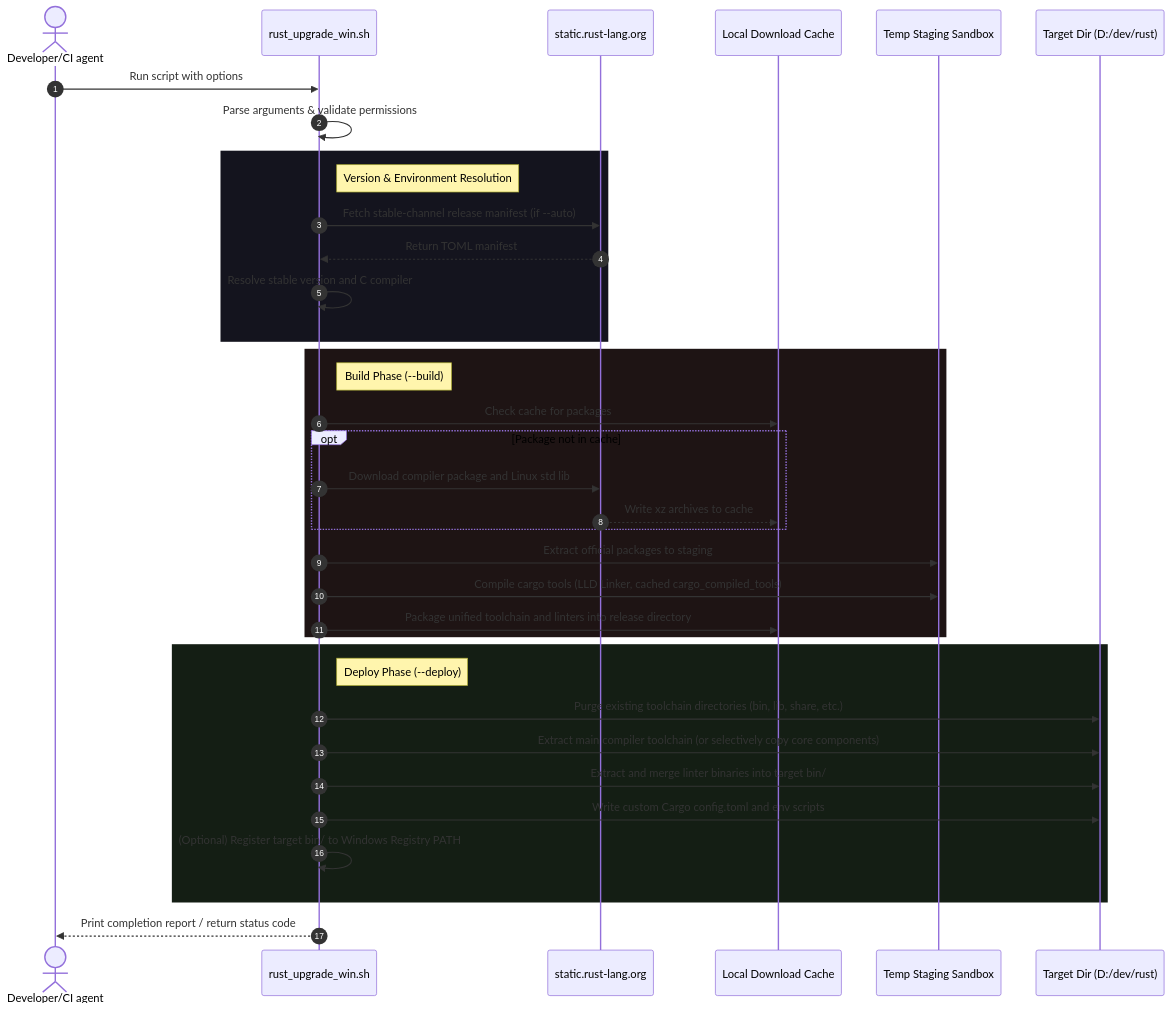
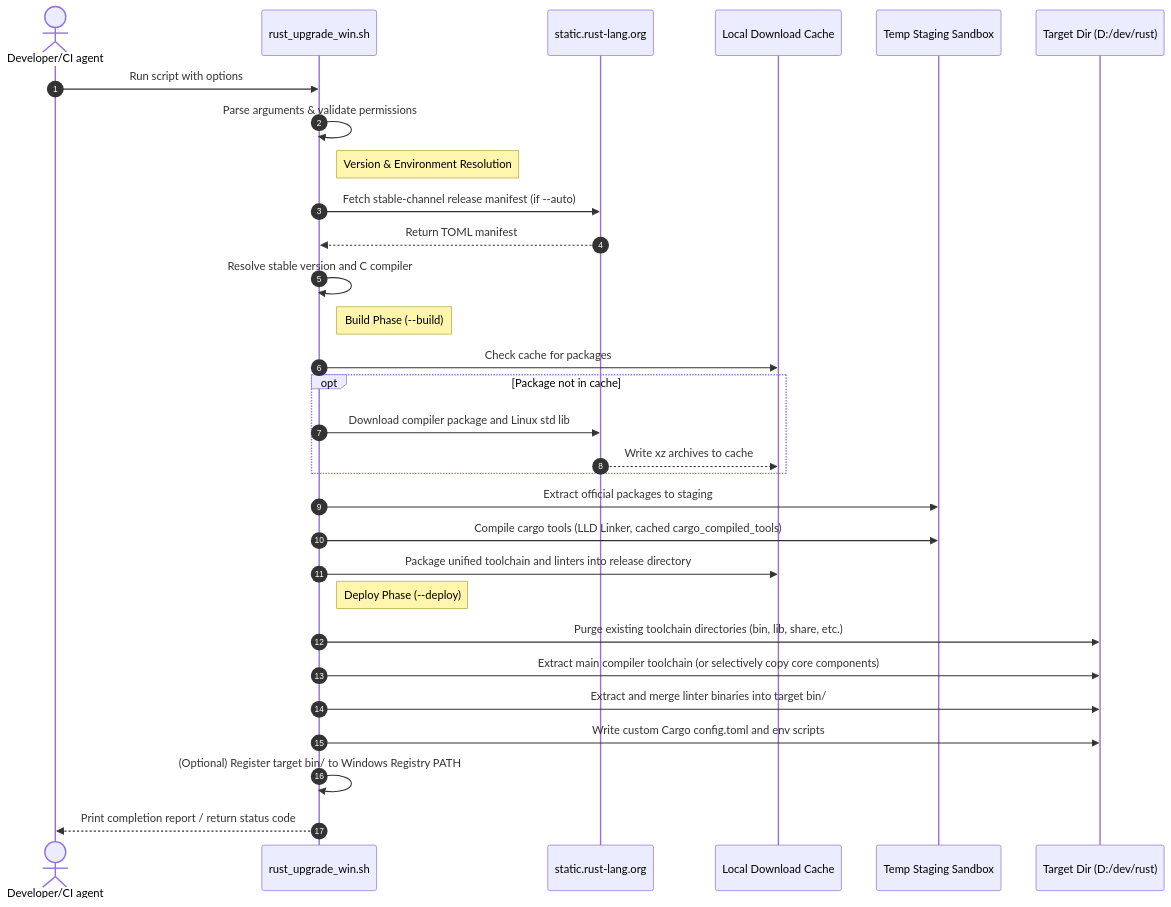
The second of 2 diagrams in build_tasks/rust_upgrade_win_README.md (edsilegxrepo/devops), drawn with Mermaid before and after one commit.

````diff
--- a/build_tasks/rust_upgrade_win_README.md
+++ b/build_tasks/rust_upgrade_win_README.md
@@ -90,43 +90,37 @@
 ```mermaid
 sequenceDiagram
     autonumber
     actor CLI as Developer/CI agent
     participant Script as rust_upgrade_win.sh
     participant Web as static.rust-lang.org
     participant Disk as Local Download Cache
     participant Sandbox as Temp Staging Sandbox
     participant Target as Target Dir (D:/dev/rust)
 
     CLI->>Script: Run script with options
     Script->>Script: Parse arguments & validate permissions
     
-    rect rgb(20, 20, 30)
-        note right of Script: Version & Environment Resolution
-        Script->>Web: Fetch stable-channel release manifest (if --auto)
-        Web-->>Script: Return TOML manifest
-        Script->>Script: Resolve stable version and C compiler
+    note right of Script: Version & Environment Resolution
+    Script->>Web: Fetch stable-channel release manifest (if --auto)
+    Web-->>Script: Return TOML manifest
+    Script->>Script: Resolve stable version and C compiler
+
+    note right of Script: Build Phase (--build)
+    Script->>Disk: Check cache for packages
+    opt Package not in cache
+        Script->>Web: Download compiler package and Linux std lib
+        Web-->>Disk: Write xz archives to cache
     end
+    Script->>Sandbox: Extract official packages to staging
+    Script->>Sandbox: Compile cargo tools (LLD Linker, cached cargo_compiled_tools)
+    Script->>Disk: Package unified toolchain and linters into release directory
 
-    rect rgb(30, 20, 20)
-        note right of Script: Build Phase (--build)
-        Script->>Disk: Check cache for packages
-        opt Package not in cache
-            Script->>Web: Download compiler package and Linux std lib
-            Web-->>Disk: Write xz archives to cache
-        end
-        Script->>Sandbox: Extract official packages to staging
-        Script->>Sandbox: Compile cargo tools (LLD Linker, cached cargo_compiled_tools)
-        Script->>Disk: Package unified toolchain and linters into release directory
-    end
-
-    rect rgb(20, 30, 20)
-        note right of Script: Deploy Phase (--deploy)
-        Script->>Target: Purge existing toolchain directories (bin, lib, share, etc.)
-        Script->>Target: Extract main compiler toolchain (or selectively copy core components)
-        Script->>Target: Extract and merge linter binaries into target bin/
-        Script->>Target: Write custom Cargo config.toml and env scripts
-        Script->>Script: (Optional) Register target bin/ to Windows Registry PATH
-    end
+    note right of Script: Deploy Phase (--deploy)
+    Script->>Target: Purge existing toolchain directories (bin, lib, share, etc.)
+    Script->>Target: Extract main compiler toolchain (or selectively copy core components)
+    Script->>Target: Extract and merge linter binaries into target bin/
+    Script->>Target: Write custom Cargo config.toml and env scripts
+    Script->>Script: (Optional) Register target bin/ to Windows Registry PATH
 
     Script-->>CLI: Print completion report / return status code
 ```
````
